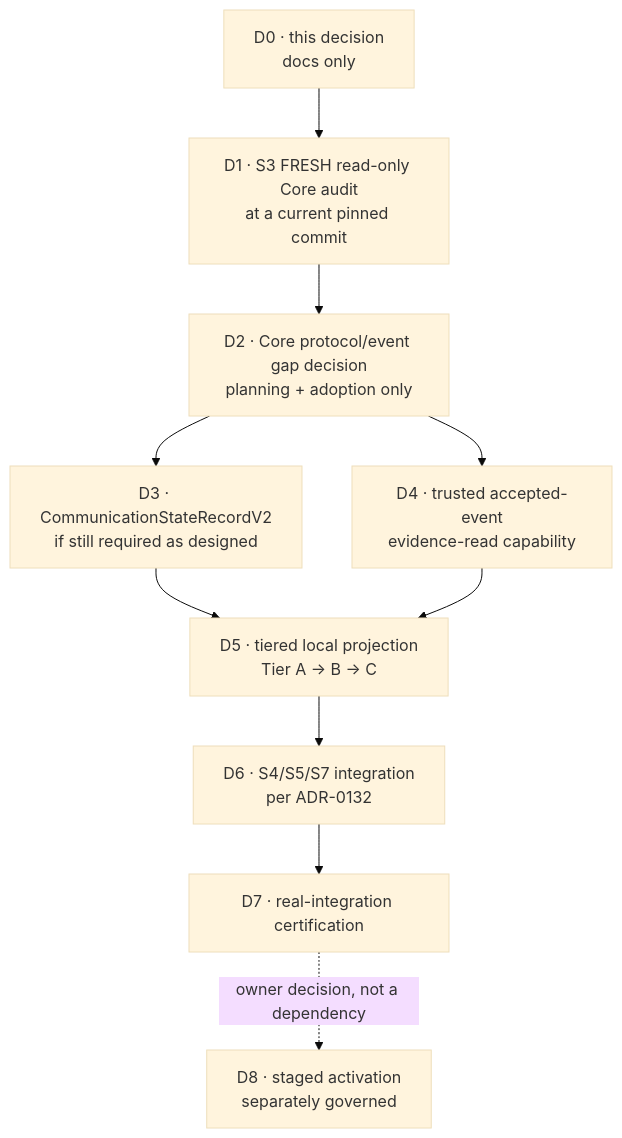
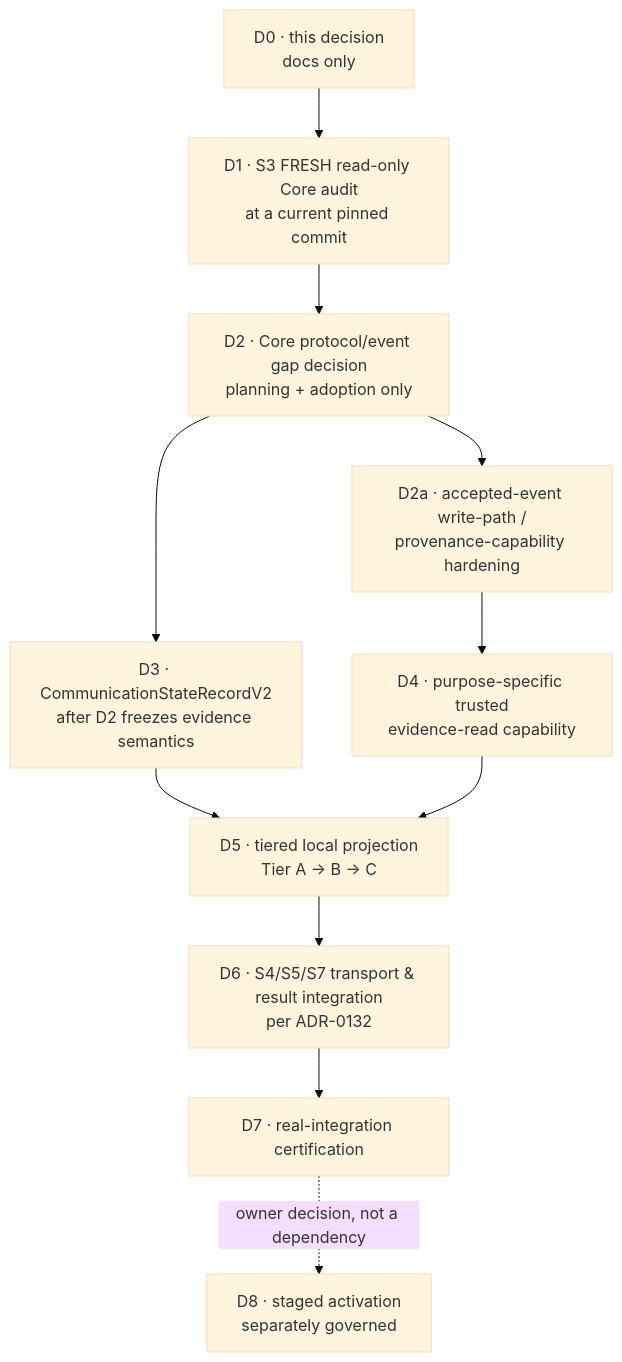
The diagram in docs/architecture/communication-state-projection-v2-design.md (quickfurno-maker/qf-jarvis), drawn with Mermaid (base theme) before and after one commit. The commit also changed other lines of this file and 4 other files, not shown here.

````diff
--- a/docs/architecture/communication-state-projection-v2-design.md
+++ b/docs/architecture/communication-state-projection-v2-design.md
@@ -328,20 +415,22 @@
 ```mermaid
 flowchart TD
     D0["D0 · this decision<br/>docs only"]
     D1["D1 · S3 FRESH read-only Core audit<br/>at a current pinned commit"]
     D2["D2 · Core protocol/event gap decision<br/>planning + adoption only"]
-    D3["D3 · CommunicationStateRecordV2<br/>if still required as designed"]
-    D4["D4 · trusted accepted-event<br/>evidence-read capability"]
+    D2a["D2a · accepted-event write-path /<br/>provenance-capability hardening"]
+    D3["D3 · CommunicationStateRecordV2<br/>after D2 freezes evidence semantics"]
+    D4["D4 · purpose-specific trusted<br/>evidence-read capability"]
     D5["D5 · tiered local projection<br/>Tier A → B → C"]
-    D6["D6 · S4/S5/S7 integration<br/>per ADR-0132"]
+    D6["D6 · S4/S5/S7 transport &amp; result integration<br/>per ADR-0132"]
     D7["D7 · real-integration certification"]
     D8["D8 · staged activation<br/>separately governed"]
 
     D0 --> D1 --> D2
+    D2 --> D2a
     D2 --> D3
-    D2 --> D4
+    D2a --> D4
     D3 --> D5
     D4 --> D5
     D5 --> D6 --> D7
     D7 -.owner decision, not a dependency.-> D8
 ```
````
